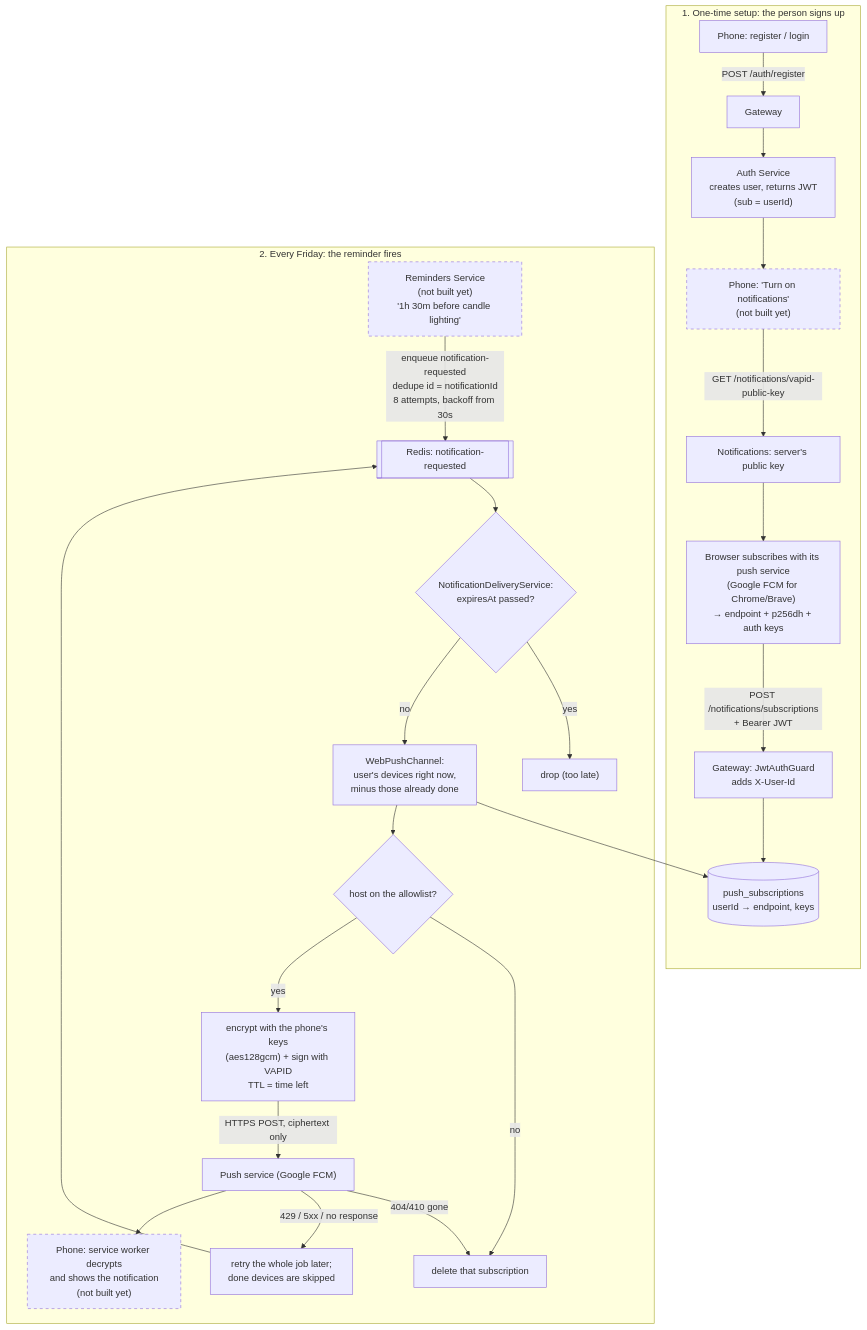
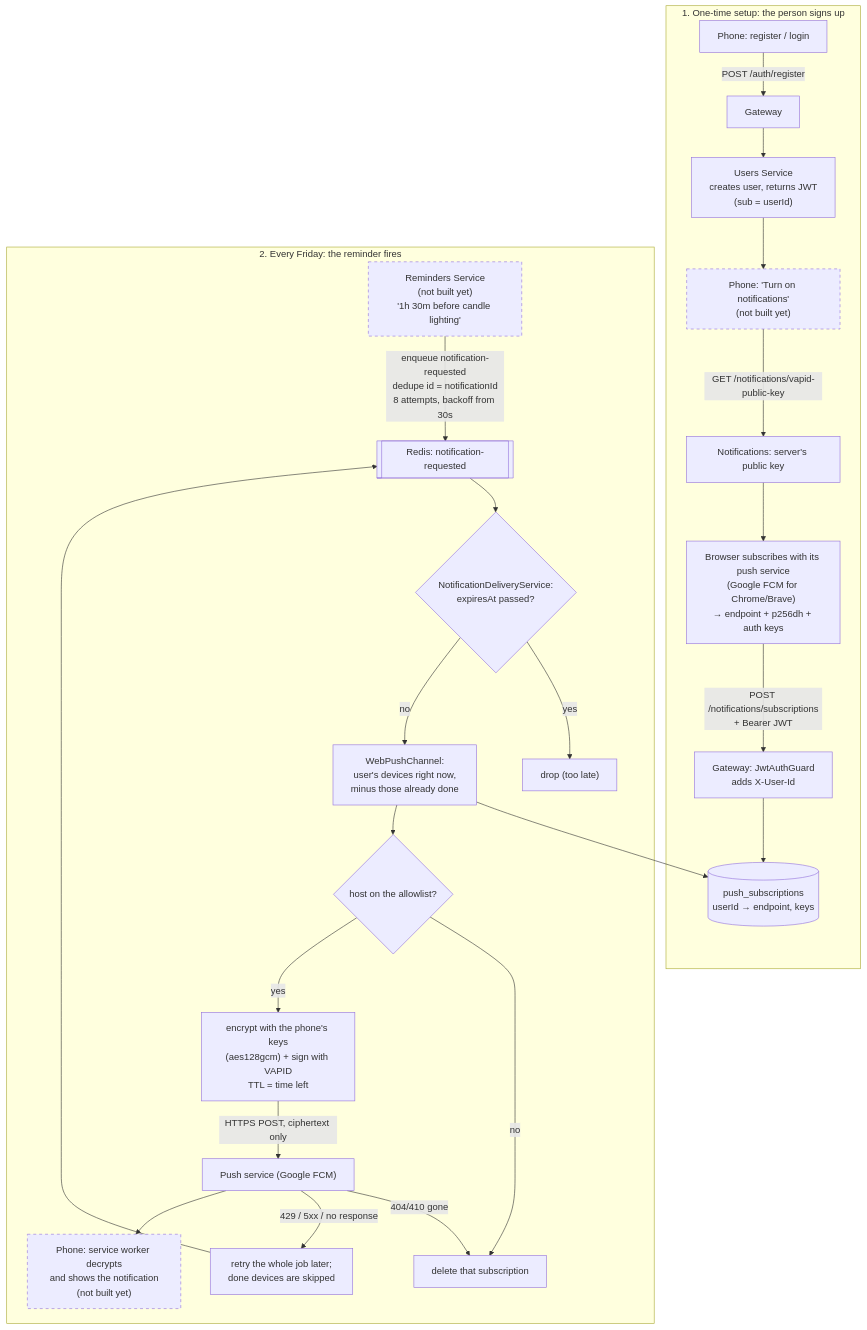
One commit to LidorElmakaies/personal-copilot changed the diagram in docs/specs/notification-flow.md. Above: the diagram before and after it, drawn with Mermaid. The commit also changed other lines of this file and 74 other files, not shown here.

First line of the commit message:
Merge Auth and Users into one Users Service; rename auth -> users (task 2.7)

````diff
--- a/docs/specs/notification-flow.md
+++ b/docs/specs/notification-flow.md
@@ -8,31 +8,31 @@
 ```mermaid
 flowchart TD
     subgraph A["1. One-time setup: the person signs up"]
         R1["Phone: register / login"] -->|POST /auth/register| GW1["Gateway"]
-        GW1 --> AUTH["Auth Service<br/>creates user, returns JWT<br/>(sub = userId)"]
+        GW1 --> AUTH["Users Service<br/>creates user, returns JWT<br/>(sub = userId)"]
         AUTH --> R2["Phone: 'Turn on notifications'<br/>(not built yet)"]
         R2 -->|GET /notifications/vapid-public-key| KEY["Notifications: server's public key"]
         KEY --> R3["Browser subscribes with its push service<br/>(Google FCM for Chrome/Brave)<br/>→ endpoint + p256dh + auth keys"]
         R3 -->|"POST /notifications/subscriptions<br/>+ Bearer JWT"| GW2["Gateway: JwtAuthGuard<br/>adds X-User-Id"]
         GW2 --> SUB[("push_subscriptions<br/>userId → endpoint, keys")]
     end
 
     subgraph B["2. Every Friday: the reminder fires"]
         REM["Reminders Service<br/>(not built yet)<br/>'1h 30m before candle lighting'"] -->|"enqueue notification-requested<br/>dedupe id = notificationId<br/>8 attempts, backoff from 30s"| Q1[["Redis: notification-requested"]]
         Q1 --> ND{"NotificationDeliveryService:<br/>expiresAt passed?"}
         ND -->|yes| DROP["drop (too late)"]
         ND -->|no| WP["WebPushChannel:<br/>user's devices right now,<br/>minus those already done"]
         WP --> SUB
         WP --> ALLOW{"host on the allowlist?"}
         ALLOW -->|no| DEL
         ALLOW -->|yes| ENC["encrypt with the phone's keys<br/>(aes128gcm) + sign with VAPID<br/>TTL = time left"]
         ENC -->|HTTPS POST, ciphertext only| FCM["Push service (Google FCM)"]
         FCM -->|404/410 gone| DEL["delete that subscription"]
         FCM -->|"429 / 5xx / no response"| RETRY["retry the whole job later;<br/>done devices are skipped"]
         RETRY --> Q1
         FCM --> PH["Phone: service worker decrypts<br/>and shows the notification<br/>(not built yet)"]
     end
 
     classDef todo stroke-dasharray: 5 5
     class R2,REM,PH todo
 ```
````
